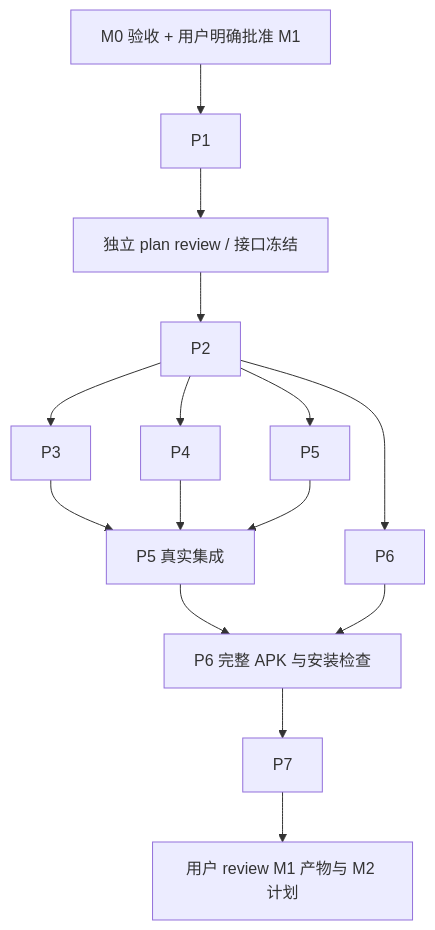
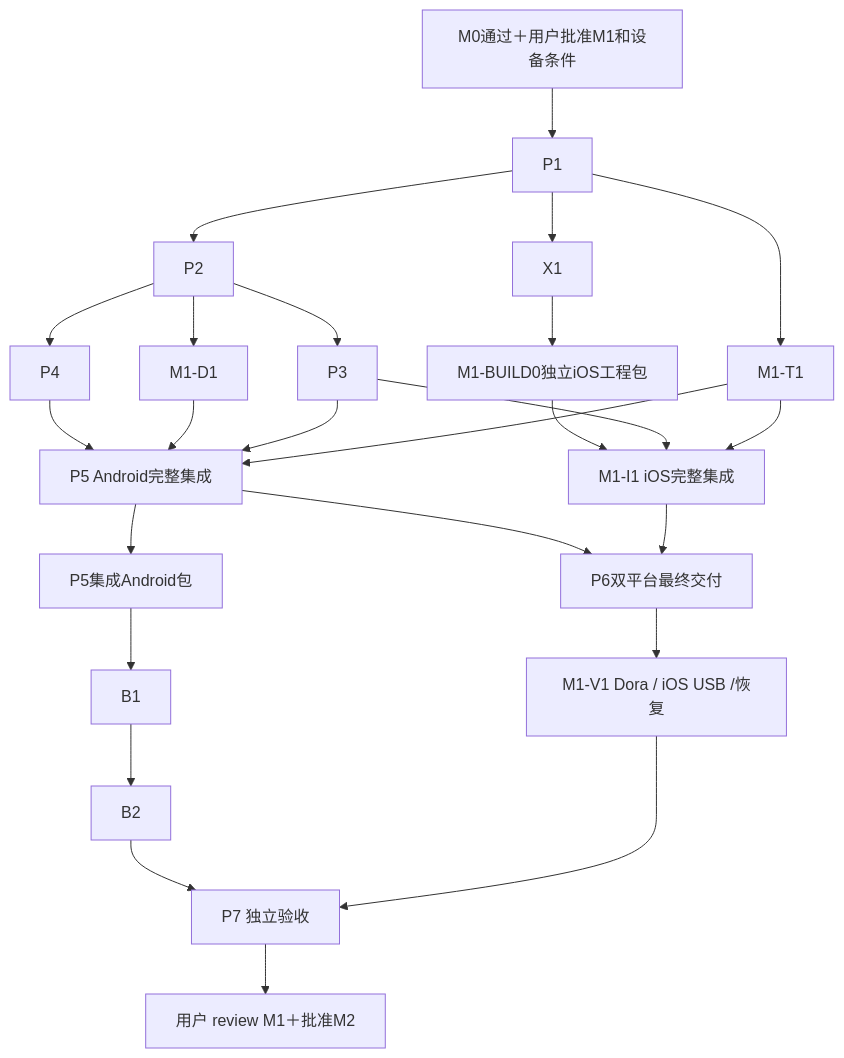
One commit to GhostFlying/ferry changed the diagram in docs/plans/m1.md. Above: the diagram before and after it, drawn with Mermaid. The commit also changed other lines of this file and 9 other files, not shown here.

````diff
--- a/docs/plans/m1.md
+++ b/docs/plans/m1.md
@@ -40,17 +50,27 @@
 ```mermaid
 flowchart TD
-    G[M0 验收 + 用户明确批准 M1] --> P1
-    P1 --> R[独立 plan review / 接口冻结]
-    R --> P2
+    G[M0通过＋用户批准M1和设备条件] --> P1
+    P1 --> P2
+    P1 --> X1
     P2 --> P3
+    P1 --> T1[M1-T1]
     P2 --> P4
-    P2 --> P5
-    P2 --> P6
-    P3 --> I[P5 真实集成]
-    P4 --> I
-    P5 --> I
-    I --> C[P6 完整 APK 与安装检查]
-    P6 --> C
-    C --> P7
-    P7 --> U[用户 review M1 产物与 M2 计划]
+    P2 --> D1[M1-D1]
+    P4 --> Android[P5 Android完整集成]
+    D1 --> Android
+    P3 --> Android
+    T1 --> Android
+    X1 --> IC[M1-BUILD0独立iOS工程包]
+    IC --> IOS[M1-I1 iOS完整集成]
+    P3 --> IOS
+    T1 --> IOS
+    Android --> AP[P5集成Android包]
+    AP --> B1
+    Android --> P6[P6双平台最终交付]
+    IOS --> P6
+    B1 --> B2
+    P6 --> V1[M1-V1 Dora / iOS USB /恢复]
+    B2 --> R[P7 独立验收]
+    V1 --> R
+    R --> U[用户 review M1＋批准M2]
 ```
````
